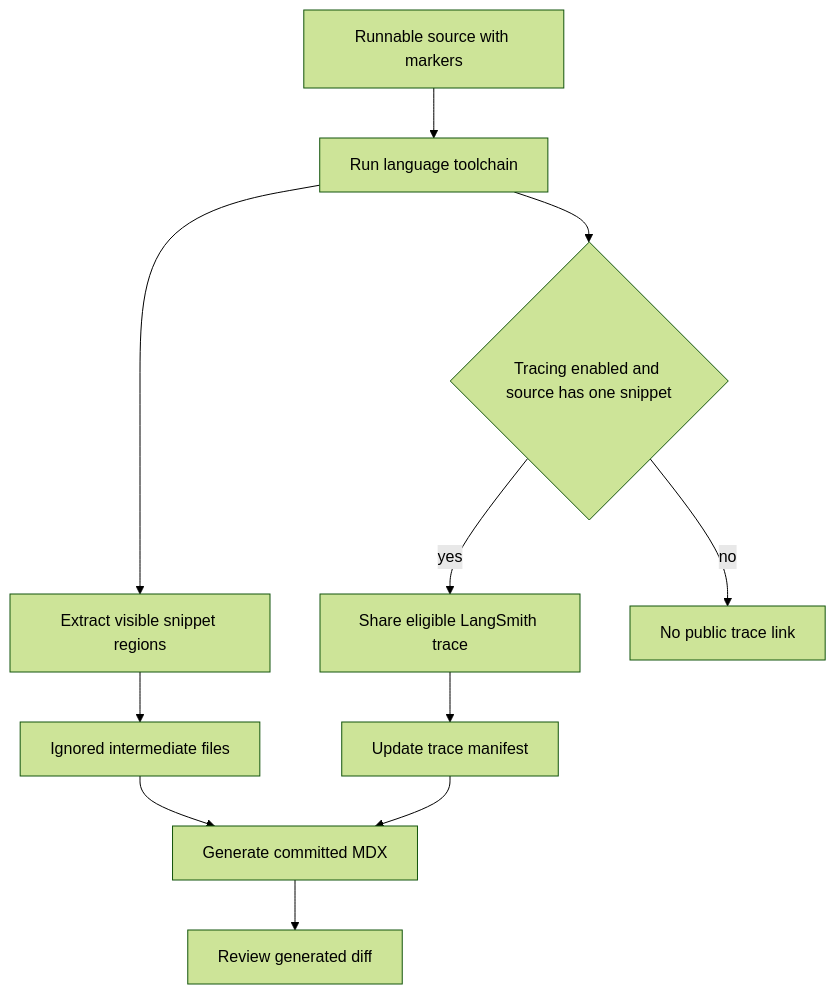
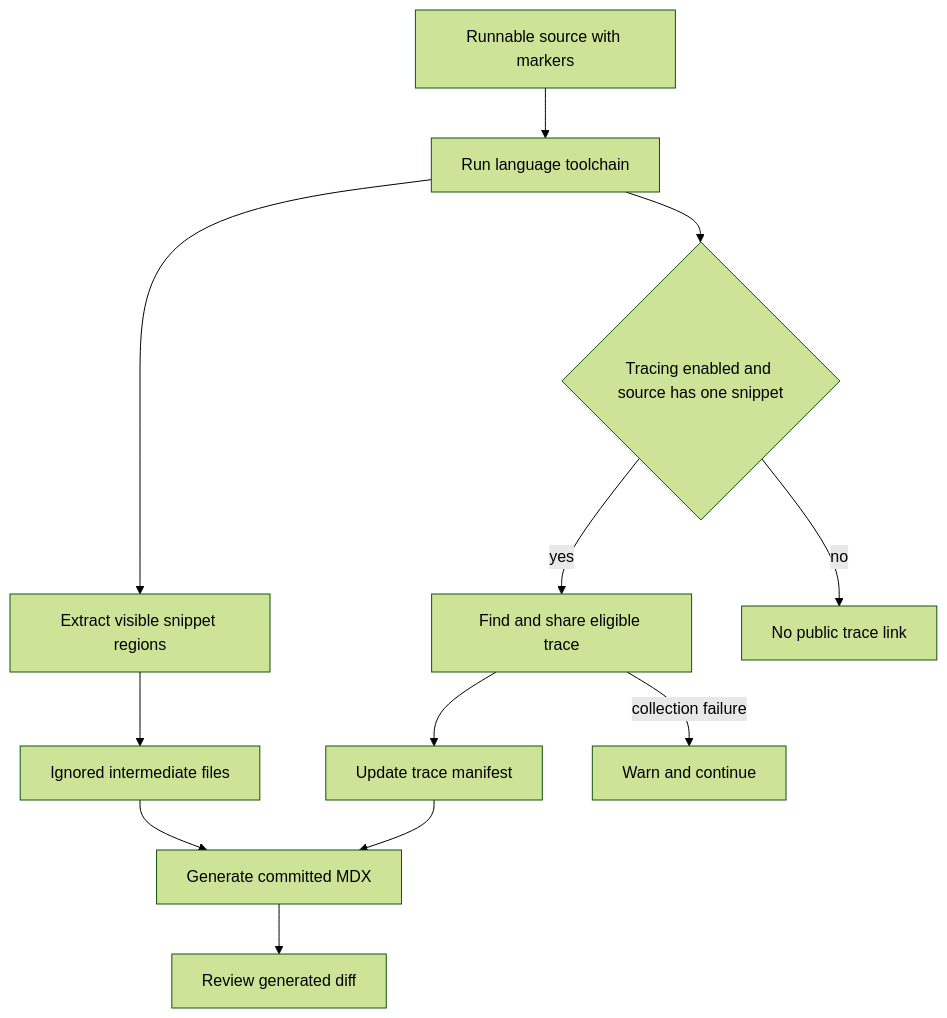
The diagram in openwiki/workflows/code-sample-lifecycle.md (langchain-ai/docs), drawn with Mermaid (forest theme) before and after one commit. The commit also changed other lines of this file and 26 other files, not shown here.

````diff
--- a/openwiki/workflows/code-sample-lifecycle.md
+++ b/openwiki/workflows/code-sample-lifecycle.md
@@ -47,13 +45,14 @@
 ```mermaid
 flowchart TD
   Source["Runnable source with markers"] --> Validate["Run language toolchain"]
   Validate --> Extract["Extract visible snippet regions"]
   Extract --> Intermediate["Ignored intermediate files"]
   Intermediate --> Render["Generate committed MDX"]
   Render --> Review["Review generated diff"]
   Validate --> TraceGate{"Tracing enabled and source has one snippet"}
-  TraceGate -->|"yes"| Publish["Share eligible LangSmith trace"]
-  Publish --> Manifest["Update trace manifest"]
+  TraceGate -->|"yes"| Collect["Find and share eligible trace"]
+  Collect --> Manifest["Update trace manifest"]
   Manifest --> Render
+  Collect -->|"collection failure"| Warn["Warn and continue"]
   TraceGate -->|"no"| NoPublish["No public trace link"]
 ```
````
